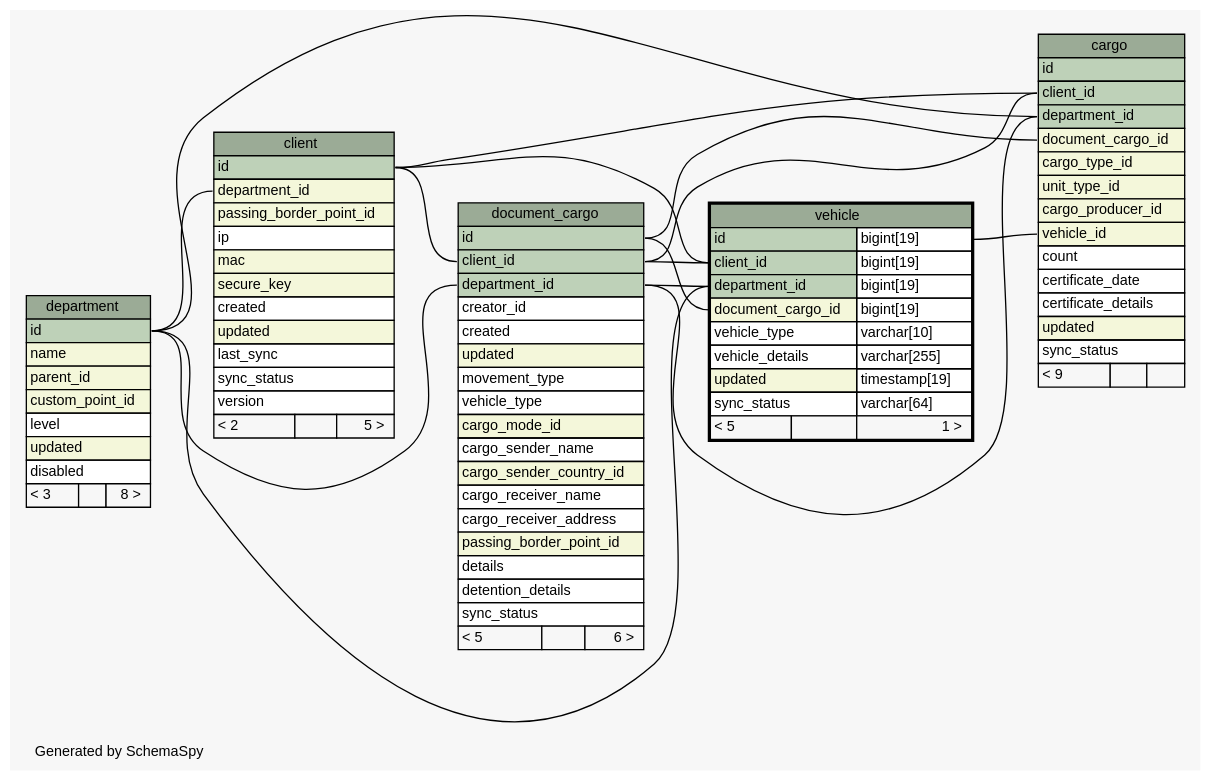
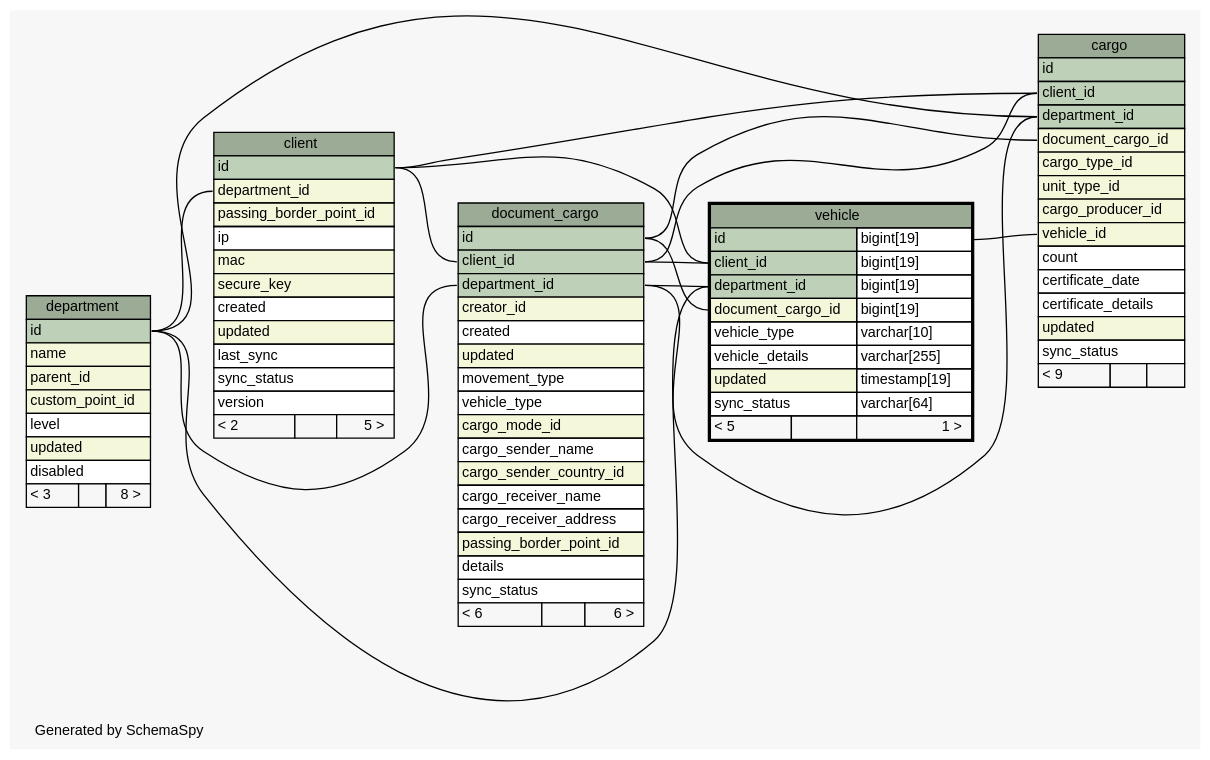
Before and after one commit to complitex/vetcontrol: the diagram in docs/db-schema/diagrams/vehicle.1degree.dot, drawn with Graphviz. The commit also changed 141 other files, not shown here.

Commit message:
sql schema documentation was updated.

```diff
--- a/docs/db-schema/diagrams/vehicle.1degree.dot
+++ b/docs/db-schema/diagrams/vehicle.1degree.dot
@@ -1,137 +1,136 @@
 // dot 2.26.3 on Windows Vista 6.0
 // SchemaSpy rev 514
 digraph "oneDegreeRelationshipsDiagram" {
   graph [
     rankdir="RL"
     bgcolor="#f7f7f7"
     label="\nGenerated by SchemaSpy"
     labeljust="l"
     nodesep="0.18"
     ranksep="0.46"
     fontname="Helvetica"
     fontsize="11"
   ];
   node [
     fontname="Helvetica"
     fontsize="11"
     shape="plaintext"
   ];
   edge [
     arrowsize="0.8"
   ];
   "cargo":"client_id":w -> "client":"id":e [arrowhead=none arrowtail=crowodot];
   "cargo":"client_id":w -> "document_cargo":"client_id":e [arrowhead=none arrowtail=crowodot];
   "cargo":"department_id":w -> "department":"id":e [arrowhead=none arrowtail=crowodot];
   "cargo":"department_id":w -> "document_cargo":"department_id":e [arrowhead=none arrowtail=crowodot];
   "cargo":"document_cargo_id":w -> "document_cargo":"id":e [arrowhead=none arrowtail=crowodot];
   "cargo":"vehicle_id":w -> "vehicle":"id.type":e [arrowhead=none arrowtail=crowodot];
   "client":"department_id":w -> "department":"id":e [arrowhead=none arrowtail=crowodot];
   "document_cargo":"client_id":w -> "client":"id":e [arrowhead=none arrowtail=crowodot];
   "document_cargo":"department_id":w -> "department":"id":e [arrowhead=none arrowtail=crowodot];
   "vehicle":"client_id":w -> "client":"id":e [arrowhead=none arrowtail=crowodot];
   "vehicle":"client_id":w -> "document_cargo":"client_id":e [arrowhead=none arrowtail=crowodot];
   "vehicle":"department_id":w -> "department":"id":e [arrowhead=none arrowtail=crowodot];
   "vehicle":"department_id":w -> "document_cargo":"department_id":e [arrowhead=none arrowtail=crowodot];
   "vehicle":"document_cargo_id":w -> "document_cargo":"id":e [arrowhead=none arrowtail=crowodot];
   "cargo" [
     label=<
     <TABLE BORDER="0" CELLBORDER="1" CELLSPACING="0" BGCOLOR="#ffffff">
       <TR><TD COLSPAN="3" BGCOLOR="#9bab96" ALIGN="CENTER">cargo</TD></TR>
       <TR><TD PORT="id" COLSPAN="3" BGCOLOR="#bed1b8" ALIGN="LEFT">id</TD></TR>
       <TR><TD PORT="client_id" COLSPAN="3" BGCOLOR="#bed1b8" ALIGN="LEFT">client_id</TD></TR>
       <TR><TD PORT="department_id" COLSPAN="3" BGCOLOR="#bed1b8" ALIGN="LEFT">department_id</TD></TR>
       <TR><TD PORT="document_cargo_id" COLSPAN="3" BGCOLOR="#f4f7da" ALIGN="LEFT">document_cargo_id</TD></TR>
       <TR><TD PORT="cargo_type_id" COLSPAN="3" BGCOLOR="#f4f7da" ALIGN="LEFT">cargo_type_id</TD></TR>
       <TR><TD PORT="unit_type_id" COLSPAN="3" BGCOLOR="#f4f7da" ALIGN="LEFT">unit_type_id</TD></TR>
       <TR><TD PORT="cargo_producer_id" COLSPAN="3" BGCOLOR="#f4f7da" ALIGN="LEFT">cargo_producer_id</TD></TR>
       <TR><TD PORT="vehicle_id" COLSPAN="3" BGCOLOR="#f4f7da" ALIGN="LEFT">vehicle_id</TD></TR>
       <TR><TD PORT="count" COLSPAN="3" ALIGN="LEFT">count</TD></TR>
       <TR><TD PORT="certificate_date" COLSPAN="3" ALIGN="LEFT">certificate_date</TD></TR>
       <TR><TD PORT="certificate_details" COLSPAN="3" ALIGN="LEFT">certificate_details</TD></TR>
       <TR><TD PORT="updated" COLSPAN="3" BGCOLOR="#f4f7da" ALIGN="LEFT">updated</TD></TR>
       <TR><TD PORT="sync_status" COLSPAN="3" ALIGN="LEFT">sync_status</TD></TR>
       <TR><TD ALIGN="LEFT" BGCOLOR="#f7f7f7">&lt; 9</TD><TD ALIGN="RIGHT" BGCOLOR="#f7f7f7">  </TD><TD ALIGN="RIGHT" BGCOLOR="#f7f7f7">  </TD></TR>
     </TABLE>>
     URL="cargo.html"
     tooltip="cargo"
   ];
   "client" [
     label=<
     <TABLE BORDER="0" CELLBORDER="1" CELLSPACING="0" BGCOLOR="#ffffff">
       <TR><TD COLSPAN="3" BGCOLOR="#9bab96" ALIGN="CENTER">client</TD></TR>
       <TR><TD PORT="id" COLSPAN="3" BGCOLOR="#bed1b8" ALIGN="LEFT">id</TD></TR>
       <TR><TD PORT="department_id" COLSPAN="3" BGCOLOR="#f4f7da" ALIGN="LEFT">department_id</TD></TR>
       <TR><TD PORT="passing_border_point_id" COLSPAN="3" BGCOLOR="#f4f7da" ALIGN="LEFT">passing_border_point_id</TD></TR>
       <TR><TD PORT="ip" COLSPAN="3" ALIGN="LEFT">ip</TD></TR>
       <TR><TD PORT="mac" COLSPAN="3" BGCOLOR="#f4f7da" ALIGN="LEFT">mac</TD></TR>
       <TR><TD PORT="secure_key" COLSPAN="3" BGCOLOR="#f4f7da" ALIGN="LEFT">secure_key</TD></TR>
       <TR><TD PORT="created" COLSPAN="3" ALIGN="LEFT">created</TD></TR>
       <TR><TD PORT="updated" COLSPAN="3" BGCOLOR="#f4f7da" ALIGN="LEFT">updated</TD></TR>
       <TR><TD PORT="last_sync" COLSPAN="3" ALIGN="LEFT">last_sync</TD></TR>
       <TR><TD PORT="sync_status" COLSPAN="3" ALIGN="LEFT">sync_status</TD></TR>
       <TR><TD PORT="version" COLSPAN="3" ALIGN="LEFT">version</TD></TR>
       <TR><TD ALIGN="LEFT" BGCOLOR="#f7f7f7">&lt; 2</TD><TD ALIGN="RIGHT" BGCOLOR="#f7f7f7">  </TD><TD ALIGN="RIGHT" BGCOLOR="#f7f7f7">5 &gt;</TD></TR>
     </TABLE>>
     URL="client.html"
     tooltip="client"
   ];
   "department" [
     label=<
     <TABLE BORDER="0" CELLBORDER="1" CELLSPACING="0" BGCOLOR="#ffffff">
       <TR><TD COLSPAN="3" BGCOLOR="#9bab96" ALIGN="CENTER">department</TD></TR>
       <TR><TD PORT="id" COLSPAN="3" BGCOLOR="#bed1b8" ALIGN="LEFT">id</TD></TR>
       <TR><TD PORT="name" COLSPAN="3" BGCOLOR="#f4f7da" ALIGN="LEFT">name</TD></TR>
       <TR><TD PORT="parent_id" COLSPAN="3" BGCOLOR="#f4f7da" ALIGN="LEFT">parent_id</TD></TR>
       <TR><TD PORT="custom_point_id" COLSPAN="3" BGCOLOR="#f4f7da" ALIGN="LEFT">custom_point_id</TD></TR>
       <TR><TD PORT="level" COLSPAN="3" ALIGN="LEFT">level</TD></TR>
       <TR><TD PORT="updated" COLSPAN="3" BGCOLOR="#f4f7da" ALIGN="LEFT">updated</TD></TR>
       <TR><TD PORT="disabled" COLSPAN="3" ALIGN="LEFT">disabled</TD></TR>
       <TR><TD ALIGN="LEFT" BGCOLOR="#f7f7f7">&lt; 3</TD><TD ALIGN="RIGHT" BGCOLOR="#f7f7f7">  </TD><TD ALIGN="RIGHT" BGCOLOR="#f7f7f7">8 &gt;</TD></TR>
     </TABLE>>
     URL="department.html"
     tooltip="department"
   ];
   "document_cargo" [
     label=<
     <TABLE BORDER="0" CELLBORDER="1" CELLSPACING="0" BGCOLOR="#ffffff">
       <TR><TD COLSPAN="3" BGCOLOR="#9bab96" ALIGN="CENTER">document_cargo</TD></TR>
       <TR><TD PORT="id" COLSPAN="3" BGCOLOR="#bed1b8" ALIGN="LEFT">id</TD></TR>
       <TR><TD PORT="client_id" COLSPAN="3" BGCOLOR="#bed1b8" ALIGN="LEFT">client_id</TD></TR>
       <TR><TD PORT="department_id" COLSPAN="3" BGCOLOR="#bed1b8" ALIGN="LEFT">department_id</TD></TR>
-      <TR><TD PORT="creator_id" COLSPAN="3" ALIGN="LEFT">creator_id</TD></TR>
+      <TR><TD PORT="creator_id" COLSPAN="3" BGCOLOR="#f4f7da" ALIGN="LEFT">creator_id</TD></TR>
       <TR><TD PORT="created" COLSPAN="3" ALIGN="LEFT">created</TD></TR>
       <TR><TD PORT="updated" COLSPAN="3" BGCOLOR="#f4f7da" ALIGN="LEFT">updated</TD></TR>
       <TR><TD PORT="movement_type" COLSPAN="3" ALIGN="LEFT">movement_type</TD></TR>
       <TR><TD PORT="vehicle_type" COLSPAN="3" ALIGN="LEFT">vehicle_type</TD></TR>
       <TR><TD PORT="cargo_mode_id" COLSPAN="3" BGCOLOR="#f4f7da" ALIGN="LEFT">cargo_mode_id</TD></TR>
       <TR><TD PORT="cargo_sender_name" COLSPAN="3" ALIGN="LEFT">cargo_sender_name</TD></TR>
       <TR><TD PORT="cargo_sender_country_id" COLSPAN="3" BGCOLOR="#f4f7da" ALIGN="LEFT">cargo_sender_country_id</TD></TR>
       <TR><TD PORT="cargo_receiver_name" COLSPAN="3" ALIGN="LEFT">cargo_receiver_name</TD></TR>
       <TR><TD PORT="cargo_receiver_address" COLSPAN="3" ALIGN="LEFT">cargo_receiver_address</TD></TR>
       <TR><TD PORT="passing_border_point_id" COLSPAN="3" BGCOLOR="#f4f7da" ALIGN="LEFT">passing_border_point_id</TD></TR>
       <TR><TD PORT="details" COLSPAN="3" ALIGN="LEFT">details</TD></TR>
-      <TR><TD PORT="detention_details" COLSPAN="3" ALIGN="LEFT">detention_details</TD></TR>
       <TR><TD PORT="sync_status" COLSPAN="3" ALIGN="LEFT">sync_status</TD></TR>
-      <TR><TD ALIGN="LEFT" BGCOLOR="#f7f7f7">&lt; 5</TD><TD ALIGN="RIGHT" BGCOLOR="#f7f7f7">  </TD><TD ALIGN="RIGHT" BGCOLOR="#f7f7f7">6 &gt;</TD></TR>
+      <TR><TD ALIGN="LEFT" BGCOLOR="#f7f7f7">&lt; 6</TD><TD ALIGN="RIGHT" BGCOLOR="#f7f7f7">  </TD><TD ALIGN="RIGHT" BGCOLOR="#f7f7f7">6 &gt;</TD></TR>
     </TABLE>>
     URL="document_cargo.html"
     tooltip="document_cargo"
   ];
   "vehicle" [
     label=<
     <TABLE BORDER="2" CELLBORDER="1" CELLSPACING="0" BGCOLOR="#ffffff">
       <TR><TD COLSPAN="3" BGCOLOR="#9bab96" ALIGN="CENTER">vehicle</TD></TR>
       <TR><TD PORT="id" COLSPAN="2" BGCOLOR="#bed1b8" ALIGN="LEFT">id</TD><TD PORT="id.type" ALIGN="LEFT">bigint[19]</TD></TR>
       <TR><TD PORT="client_id" COLSPAN="2" BGCOLOR="#bed1b8" ALIGN="LEFT">client_id</TD><TD PORT="client_id.type" ALIGN="LEFT">bigint[19]</TD></TR>
       <TR><TD PORT="department_id" COLSPAN="2" BGCOLOR="#bed1b8" ALIGN="LEFT">department_id</TD><TD PORT="department_id.type" ALIGN="LEFT">bigint[19]</TD></TR>
       <TR><TD PORT="document_cargo_id" COLSPAN="2" BGCOLOR="#f4f7da" ALIGN="LEFT">document_cargo_id</TD><TD PORT="document_cargo_id.type" ALIGN="LEFT">bigint[19]</TD></TR>
       <TR><TD PORT="vehicle_type" COLSPAN="2" ALIGN="LEFT">vehicle_type</TD><TD PORT="vehicle_type.type" ALIGN="LEFT">varchar[10]</TD></TR>
       <TR><TD PORT="vehicle_details" COLSPAN="2" ALIGN="LEFT">vehicle_details</TD><TD PORT="vehicle_details.type" ALIGN="LEFT">varchar[255]</TD></TR>
       <TR><TD PORT="updated" COLSPAN="2" BGCOLOR="#f4f7da" ALIGN="LEFT">updated</TD><TD PORT="updated.type" ALIGN="LEFT">timestamp[19]</TD></TR>
       <TR><TD PORT="sync_status" COLSPAN="2" ALIGN="LEFT">sync_status</TD><TD PORT="sync_status.type" ALIGN="LEFT">varchar[64]</TD></TR>
       <TR><TD ALIGN="LEFT" BGCOLOR="#f7f7f7">&lt; 5</TD><TD ALIGN="RIGHT" BGCOLOR="#f7f7f7">  </TD><TD ALIGN="RIGHT" BGCOLOR="#f7f7f7">1 &gt;</TD></TR>
     </TABLE>>
     URL="vehicle.html"
     tooltip="vehicle"
   ];
 }
```
